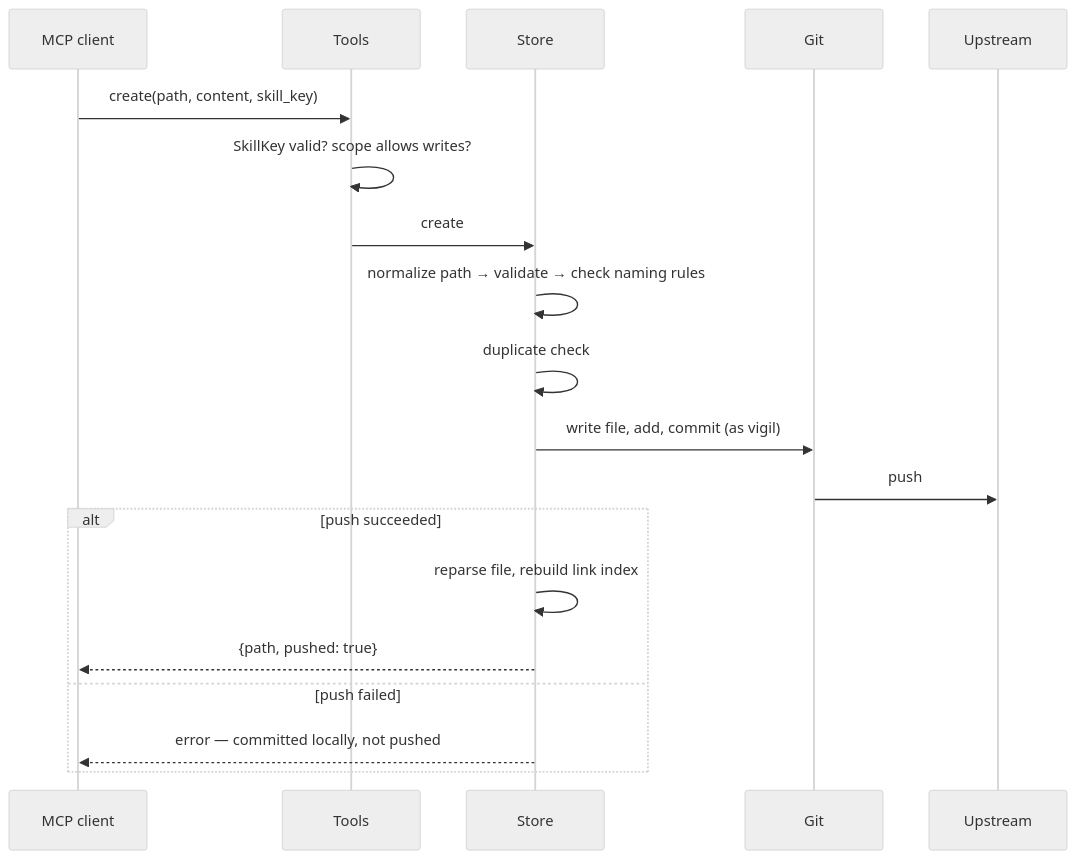
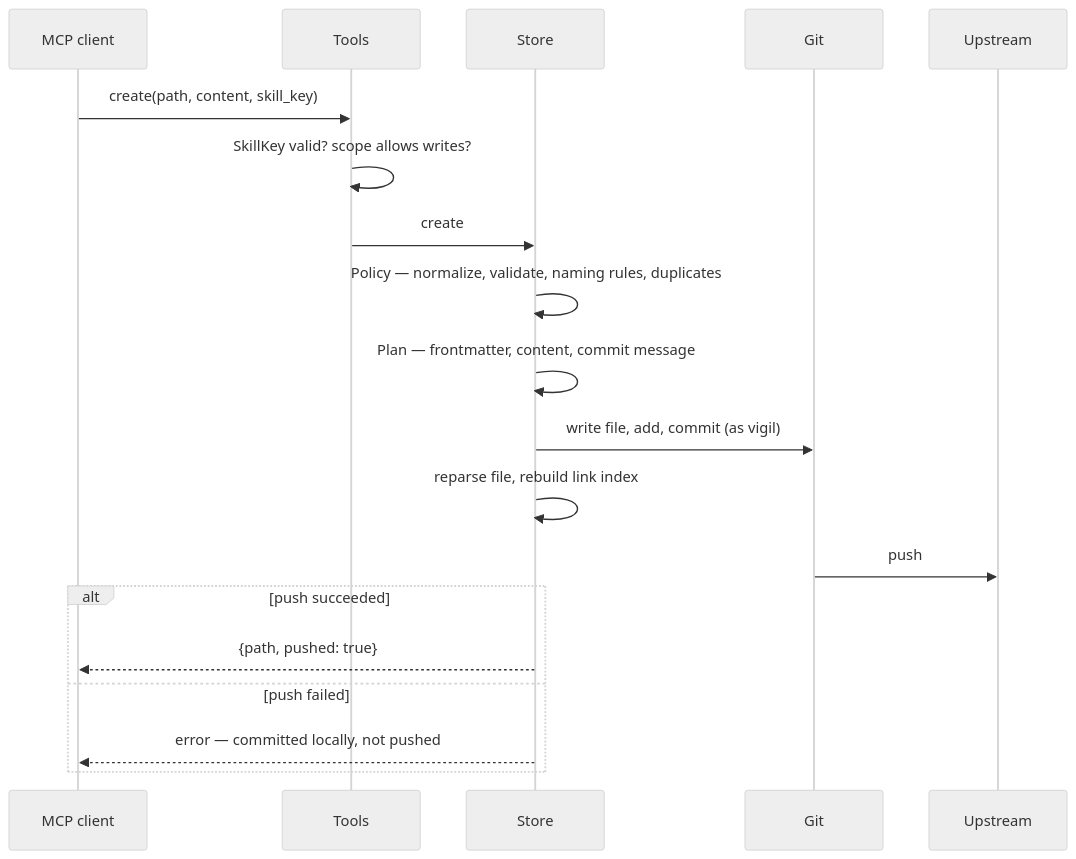
One commit to 64x-lunicorn/vigil changed the third of 6 diagrams in docs/guide.md. Above: the diagram before and after it, drawn with Mermaid (neutral theme). The commit also changed other lines of this file and 25 other files, not shown here.

````diff
--- a/docs/guide.md
+++ b/docs/guide.md
@@ -103,22 +104,22 @@
 ```mermaid
 sequenceDiagram
     participant Cl as MCP client
     participant T as Tools
     participant St as Store
     participant Git
     participant Up as Upstream
 
     Cl->>T: create(path, content, skill_key)
     T->>T: SkillKey valid? scope allows writes?
     T->>St: create
-    St->>St: normalize path → validate → check naming rules
-    St->>St: duplicate check
+    St->>St: Policy — normalize, validate, naming rules, duplicates
+    St->>St: Plan — frontmatter, content, commit message
     St->>Git: write file, add, commit (as vigil)
+    St->>St: reparse file, rebuild link index
     Git->>Up: push
     alt push succeeded
-        St->>St: reparse file, rebuild link index
         St-->>Cl: {path, pushed: true}
     else push failed
         St-->>Cl: error — committed locally, not pushed
     end
 ```
````
